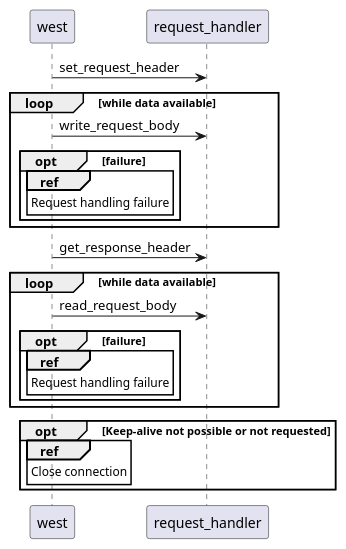
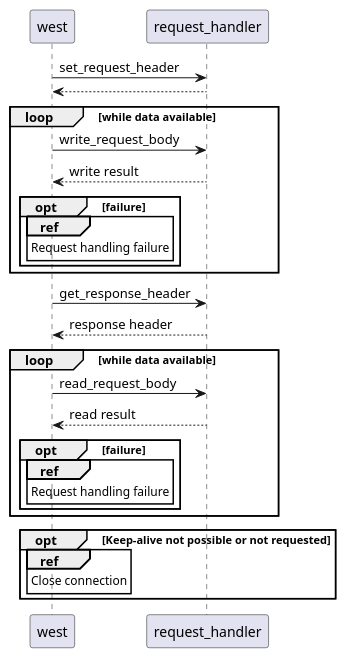
The diagram in doc/request_handling.puml (milasudril/west), drawn with PlantUML before and after one commit.

Commit message:
Add return arrows

```diff
--- a/doc/request_handling.puml
+++ b/doc/request_handling.puml
@@ -1,25 +1,29 @@
 @startuml
 west -> request_handler:set_request_header
+return
 loop while data available
 	west -> request_handler:write_request_body
+	return write result
 	opt failure
 		ref over west
 			Request handling failure
 		end ref
 	end
 end
 west -> request_handler:get_response_header
+return response header
 loop while data available
 	west -> request_handler:read_request_body
+	return read result
 	opt failure
 		ref over west
 			Request handling failure
 		end ref
 	end
 end
 opt Keep-alive not possible or not requested
 	ref over west
 		Close connection
 	end ref
 end
 @enduml
```
